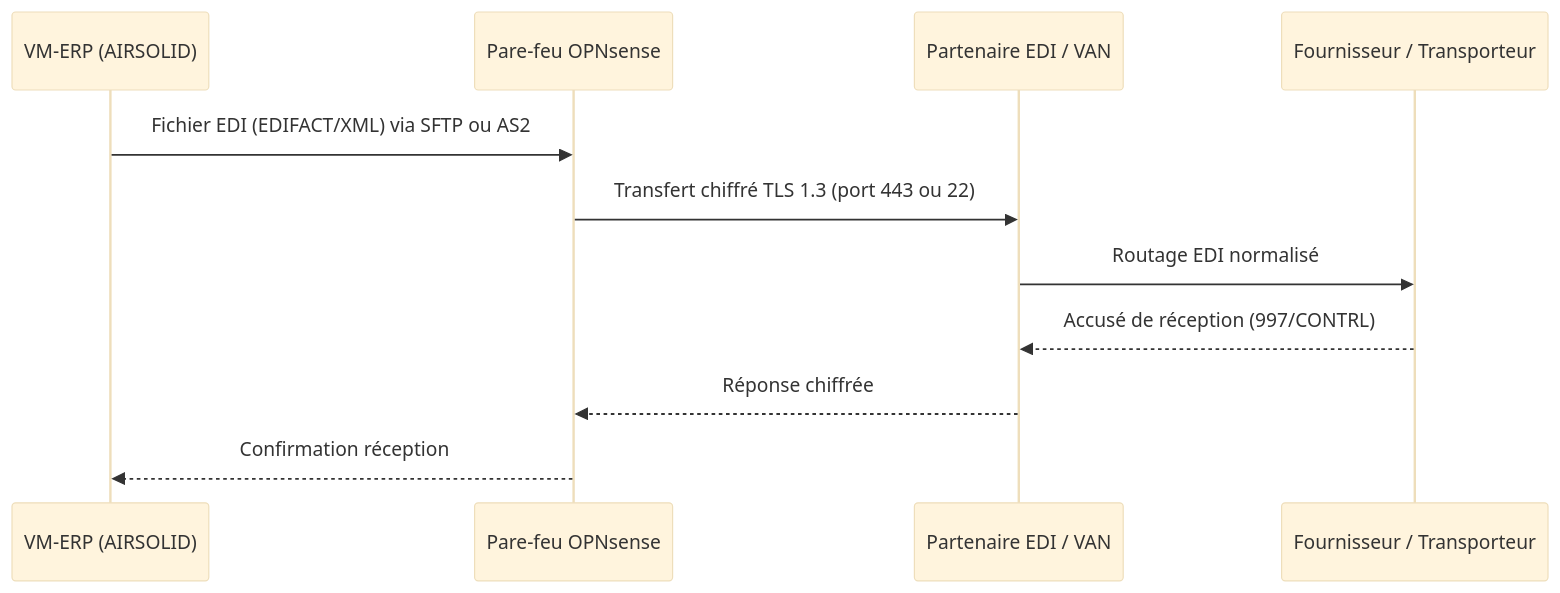
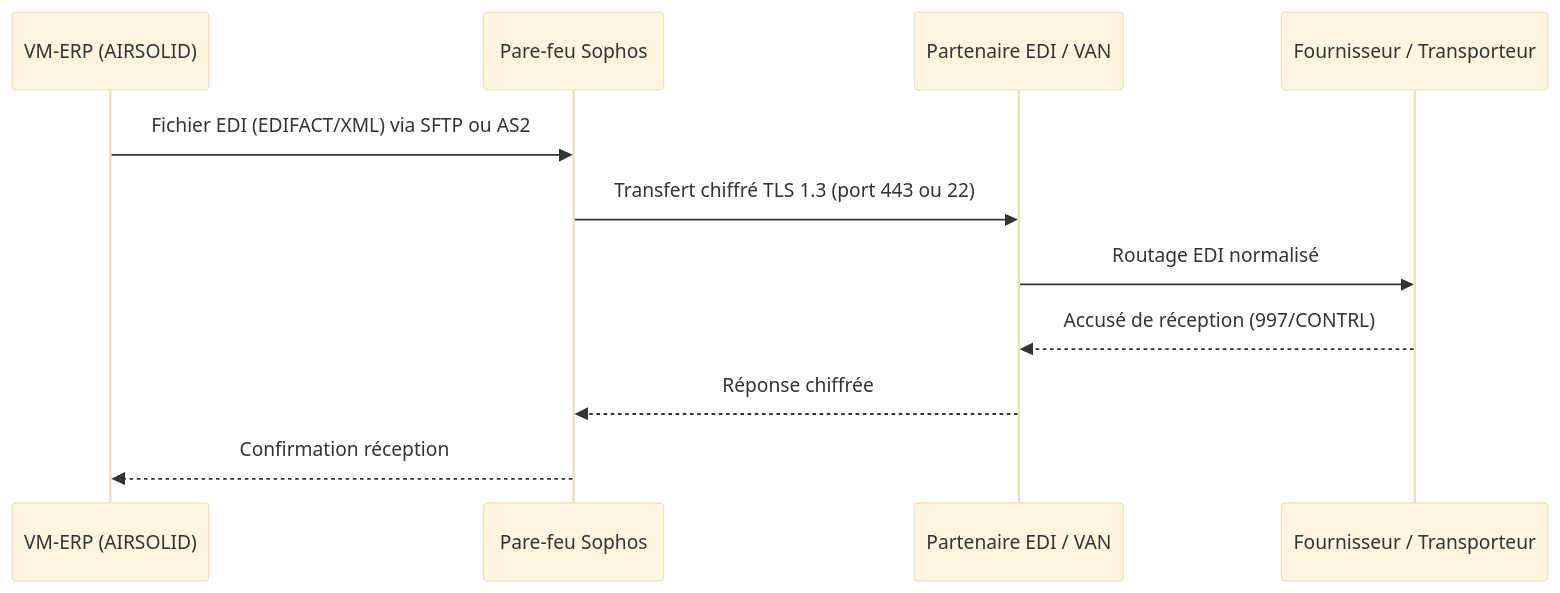
The third of 5 diagrams in airsolid/02-architecture-proposee.md (Cilag/mspr-airsolid), drawn with Mermaid (base theme) before and after one commit. The commit also changed other lines of this file, not shown here.

Commit message:
Update n°2 02-architecture-proposee.md

````diff
--- a/airsolid/02-architecture-proposee.md
+++ b/airsolid/02-architecture-proposee.md
@@ -124,14 +122,14 @@
 ```mermaid
 sequenceDiagram
     participant ERP as VM-ERP (AIRSOLID)
-    participant FW as Pare-feu OPNsense
+    participant FW as Pare-feu Sophos
     participant EDI as Partenaire EDI / VAN
     participant FOURNISSEUR as Fournisseur / Transporteur
 
     ERP->>FW: Fichier EDI (EDIFACT/XML) via SFTP ou AS2
     FW->>EDI: Transfert chiffré TLS 1.3 (port 443 ou 22)
     EDI->>FOURNISSEUR: Routage EDI normalisé
     FOURNISSEUR-->>EDI: Accusé de réception (997/CONTRL)
     EDI-->>FW: Réponse chiffrée
     FW-->>ERP: Confirmation réception
 ```
````
